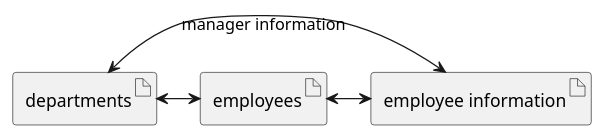
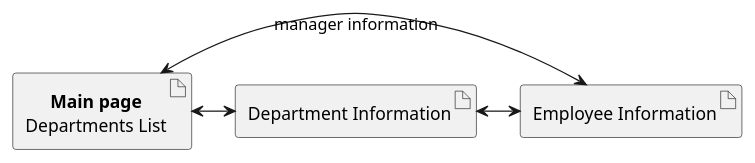
Before and after one commit to AnsgarNell/HR-Tool-Backend: the first of 4 diagrams in README.adoc, drawn with PlantUML. The commit also changed other lines of this file and 2 other files, not shown here.

Commit message:
Extended view information requirements description.

```diff
--- a/README.adoc
+++ b/README.adoc
@@ -69,9 +69,10 @@
 [plantuml,images/sitemap,png]
 ....
-artifact departments
-artifact employees
-artifact employee as "employee information"
-departments <-right-> employees
-employees <-right-> employee
+skinparam defaultTextAlignment center
+artifact "**Main page**\nDepartments List" as departments
+artifact "Department Information" as department
+artifact "Employee Information" as employee
+departments <-right-> department
+department <-right-> employee
 departments <-right-> employee : manager information
 ....
```
